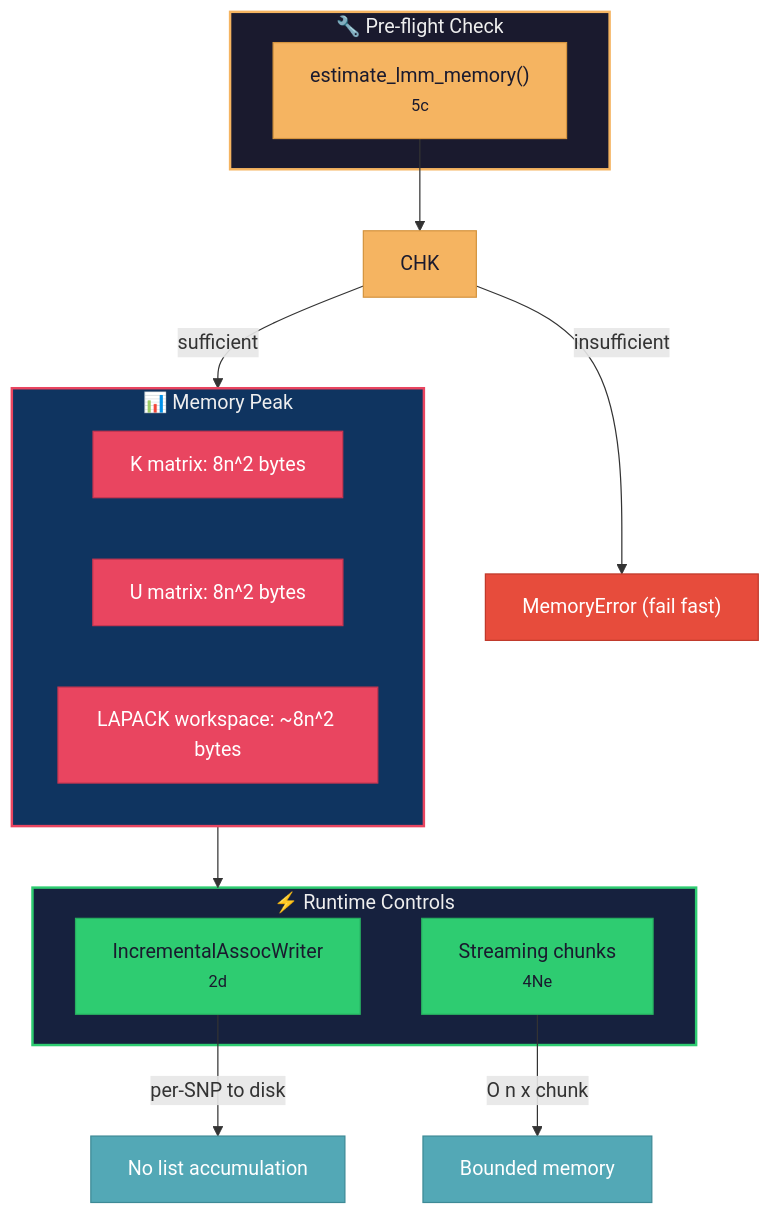
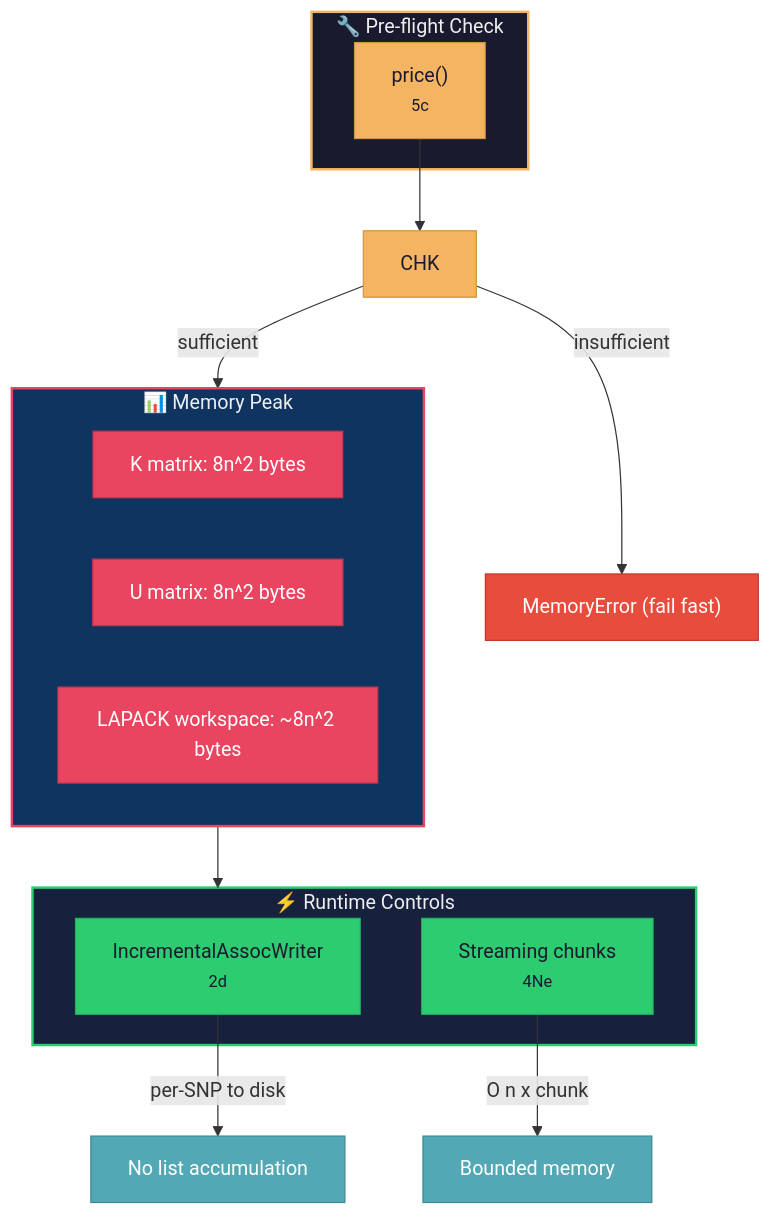
The fourth of 5 diagrams in docs/CODEMAP.md (michael-denyer/jamma), drawn with Mermaid before and after one commit. The commit also changed other lines of this file and 23 other files, not shown here.

First line of the commit message:
refactor(memory): make price() the only association quote (#418)

````diff
--- a/docs/CODEMAP.md
+++ b/docs/CODEMAP.md
@@ -464,39 +464,39 @@
 ```mermaid
 flowchart TD
     subgraph Preflight["🔧 Pre-flight Check"]
-        EST["estimate_lmm_memory()<br/><small>5c</small>"]
+        EST["price()<br/><small>5c</small>"]
     end
 
     subgraph Peak["📊 Memory Peak"]
         KM["K matrix: 8n^2 bytes"]
         UM["U matrix: 8n^2 bytes"]
         WS["LAPACK workspace: ~8n^2 bytes"]
     end
 
     subgraph Runtime["⚡ Runtime Controls"]
         INC["IncrementalAssocWriter<br/><small>2d</small>"]
         STR["Streaming chunks<br/><small>4Ne</small>"]
     end
 
     EST --> CHK
     CHK -->|insufficient| FAIL["MemoryError (fail fast)"]
     CHK -->|sufficient| Peak
     Peak --> Runtime
     INC -->|per-SNP to disk| DISK["No list accumulation"]
     STR -->|O n x chunk| LOW["Bounded memory"]
 
     style Preflight fill:#1a1a2e,stroke:#f5b461,color:#eee,stroke-width:2px
     style Peak fill:#0f3460,stroke:#e94560,color:#eee,stroke-width:2px
     style Runtime fill:#16213e,stroke:#2ecc71,color:#eee,stroke-width:2px
 
     style EST fill:#f5b461,stroke:#d4943f,color:#1a1a2e
     style CHK fill:#f5b461,stroke:#d4943f,color:#1a1a2e
     style KM fill:#e94560,stroke:#c73550,color:#fff
     style UM fill:#e94560,stroke:#c73550,color:#fff
     style WS fill:#e94560,stroke:#c73550,color:#fff
     style FAIL fill:#e74c3c,stroke:#c0392b,color:#fff
     style INC fill:#2ecc71,stroke:#27ae60,color:#1a1a2e
     style STR fill:#2ecc71,stroke:#27ae60,color:#1a1a2e
     style DISK fill:#53a8b6,stroke:#3d8a96,color:#fff
     style LOW fill:#53a8b6,stroke:#3d8a96,color:#fff
 ```
````
